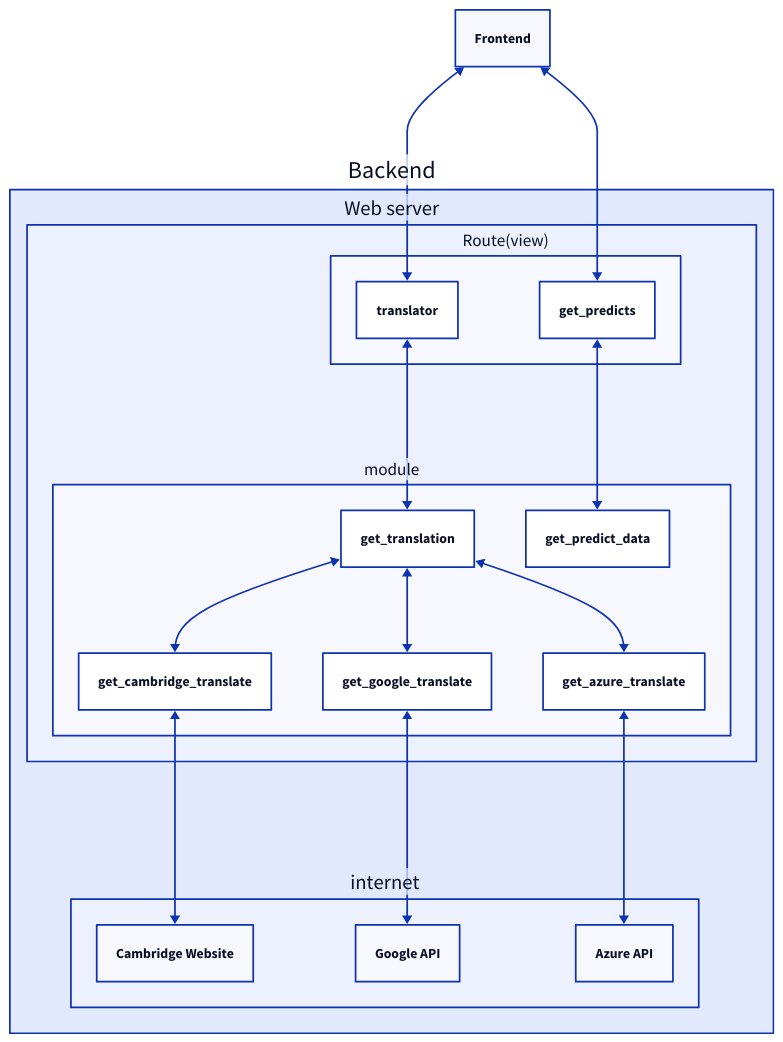
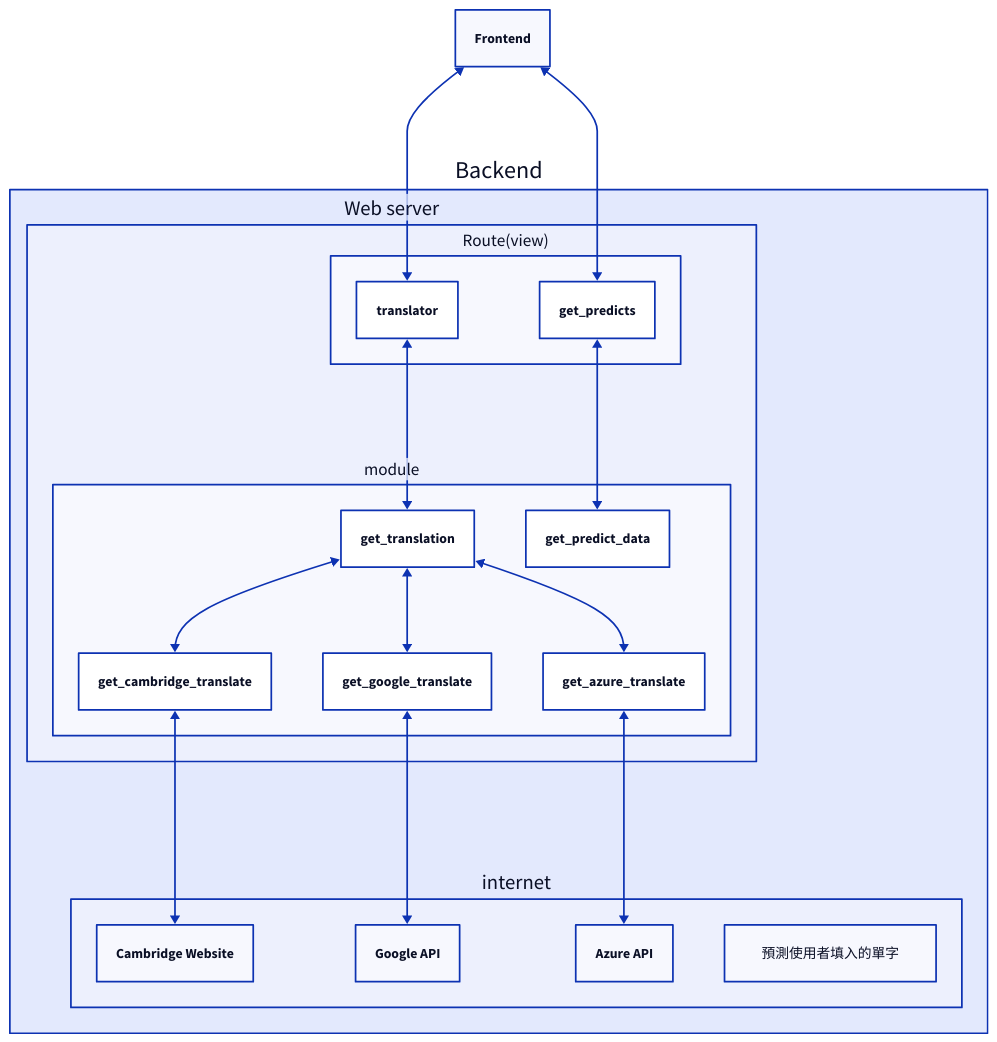
Before and after one commit to eran0926/multi_engine_translator: the diagram in doc/architecture diagram.d2, drawn with D2.

Commit message:
docs fix: add get predict part to digram

```diff
--- a/doc/architecture diagram.d2
+++ b/doc/architecture diagram.d2
@@ -1,24 +1,25 @@
 Frontend <-> Backend.vm.view.get_predicts
 Frontend <-> Backend.vm.view.translator
 Backend: {
   vm: Web server {
     view: Route(view) {
       translator <-> _.module.get_translation
       get_predicts <-> _.module.get_predict_data
     }
     module: module {
       get_translation <-> get_cambridge_translate <-> _._.internet.Cambridge Website
       get_translation <-> get_google_translate <-> _._.internet.Google API
       get_translation <-> get_azure_translate <-> _._.internet.Azure API
     }
   }
   internet: {
     Google API
     Azure API
     Cambridge Website
+    cambridge_predict: 預測使用者填入的單字
   }
 }
 # Backend <-> Google API
 # Backend <-> Azure API
 # Backend <-> Cambridge Website
 # Backend <-> Cambridge Predict: 預測使用者填入的單字
```
